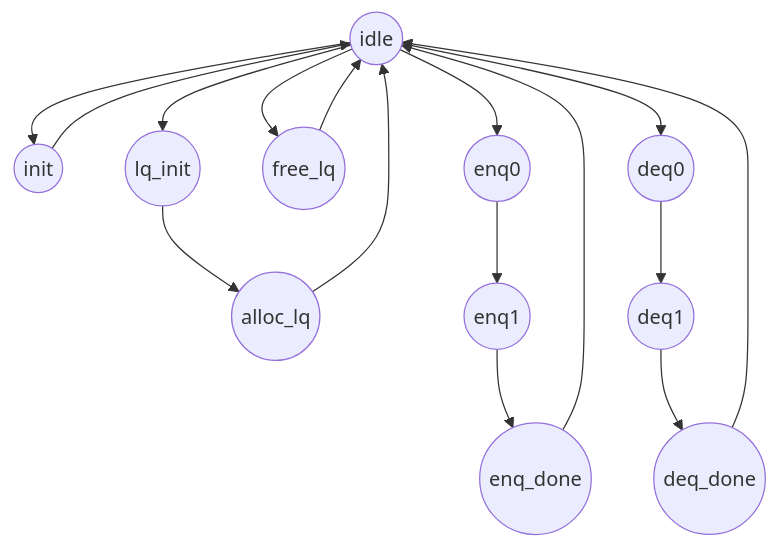
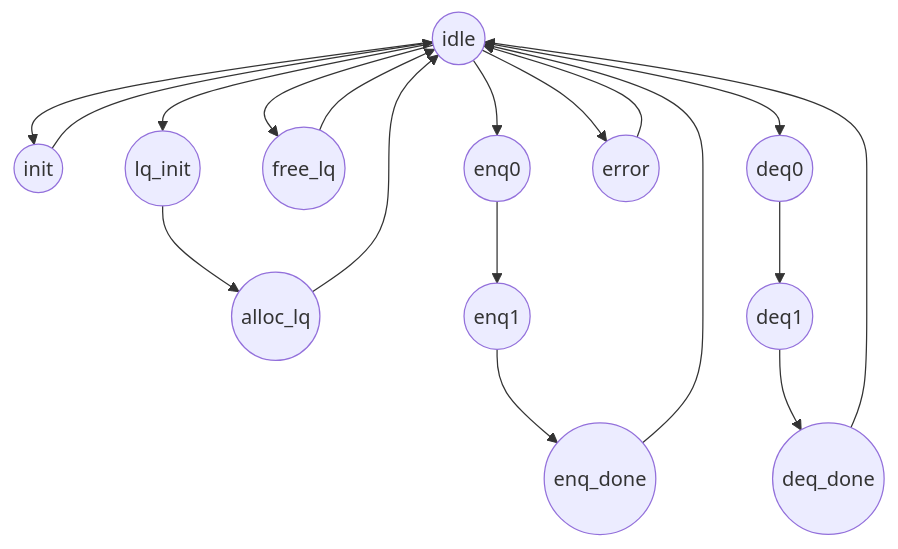
The diagram in docs/hd_global_queue.md (taic-repo/taic-rocket-chip), drawn with Mermaid before and after one commit. The commit also changed 3 other files, not shown here.

````diff
--- a/docs/hd_global_queue.md
+++ b/docs/hd_global_queue.md
@@ -5,22 +5,24 @@
 ```mermaid
 graph TB
 0((idle))
 1((init))
 2((lq_init))
 3((alloc_lq))
 4((free_lq))
 5((enq0))
 6((enq1))
 7((enq_done))
 8((deq0))
 9((deq1))
 10((deq_done))
+11((error))
 
 0 --> 1
 1 --> 0
 0 --> 2 --> 3 --> 0
 0 --> 4 --> 0
 0 --> 5 --> 6 --> 7 --> 0
 0 --> 8 --> 9 --> 10 --> 0
+0 --> 11 --> 0
 
 ```
````
